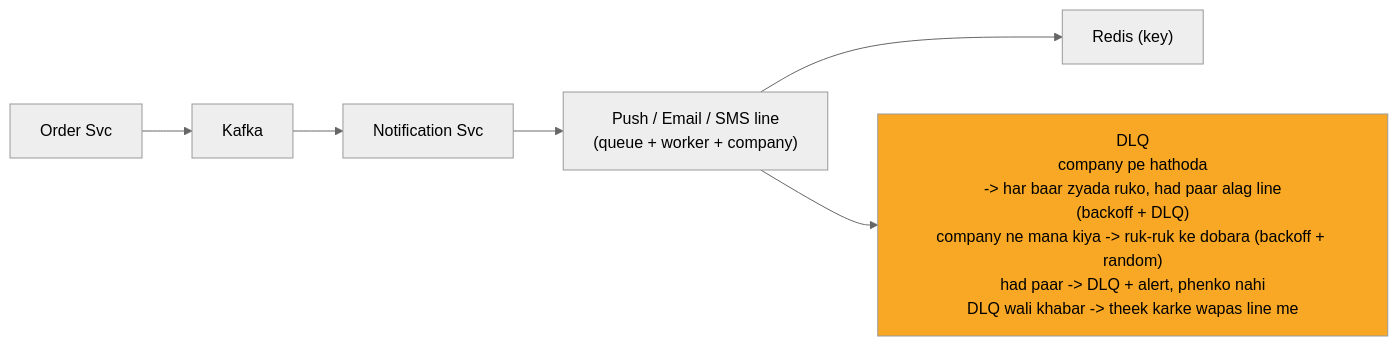
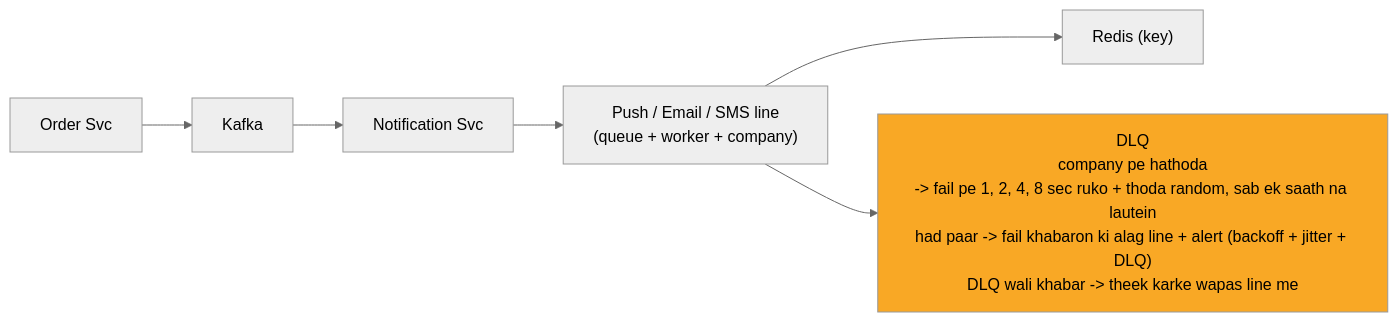
Before and after one commit to ArpanMaheshwari144/Prep: the sixth of 13 diagrams in 04_HLD/SYSTEM_DESIGNS/04_notification_system/04_notification_system.md, drawn with Mermaid (neutral theme). The commit also changed other lines of this file and 13 other files, not shown here.

````diff
--- a/04_HLD/SYSTEM_DESIGNS/04_notification_system/04_notification_system.md
+++ b/04_HLD/SYSTEM_DESIGNS/04_notification_system/04_notification_system.md
@@ -249,16 +252,16 @@
 ```mermaid
 %%{init: {"flowchart": {"wrappingWidth": 450}}}%%
 flowchart LR
     n_Order_Svc["Order Svc"]
     n_Kafka["Kafka"]
     n_Notification_Svc["Notification Svc"]
     n_LINES["Push / Email / SMS line<br/>(queue + worker + company)"]
     n_Redis["Redis (key)"]
-    n_DLQ["DLQ<br/>company pe hathoda<br/>-> har baar zyada ruko, had paar alag line<br/>(backoff + DLQ)<br/>company ne mana kiya -> ruk-ruk ke dobara (backoff + random)<br/>had paar -> DLQ + alert, phenko nahi<br/>DLQ wali khabar -> theek karke wapas line me"]
+    n_DLQ["DLQ<br/>company pe hathoda<br/>-> fail pe 1, 2, 4, 8 sec ruko + thoda random, sab ek saath na lautein<br/>had paar -> fail khabaron ki alag line + alert (backoff + jitter + DLQ)<br/>DLQ wali khabar -> theek karke wapas line me"]
     n_Order_Svc --> n_Kafka
     n_Kafka --> n_Notification_Svc
     n_Notification_Svc --> n_LINES
     n_LINES --> n_Redis
     n_LINES --> n_DLQ
     style n_DLQ fill:#f9a825,color:#000
 ```
````
